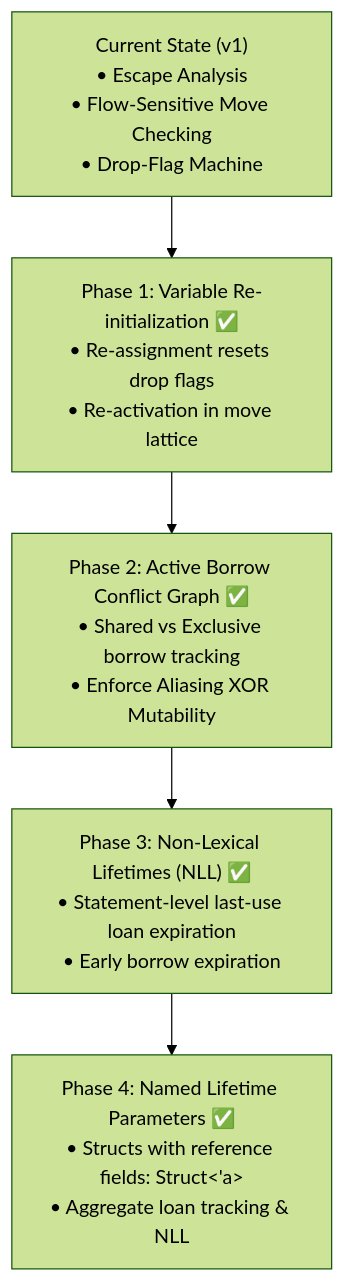
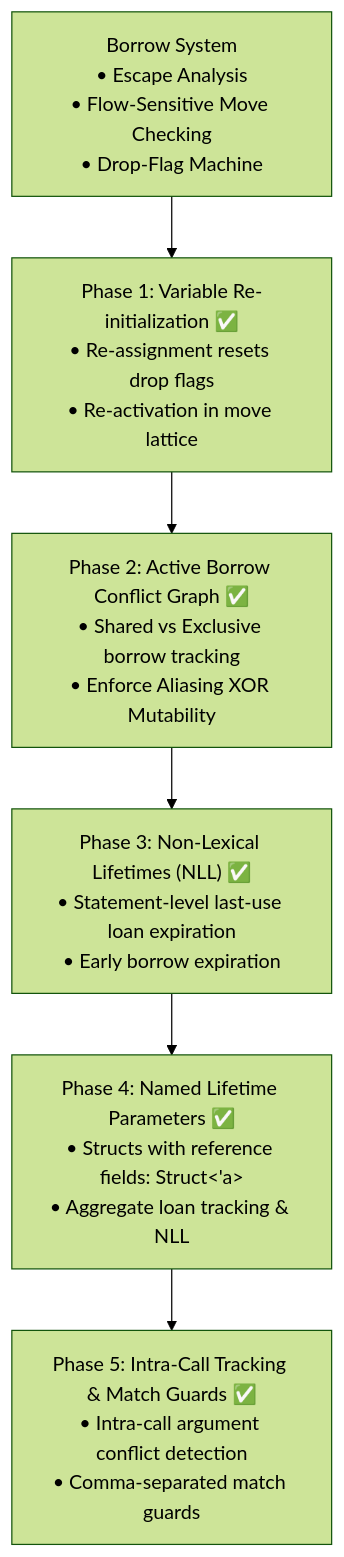
One commit to CierCier/silver changed the diagram in docs/borrow-checker/current-limitations-and-roadmap.md. Above: the diagram before and after it, drawn with Mermaid (forest theme). The commit also changed other lines of this file and 11 other files, not shown here.

Commit message:
feat(parser,typeck,codegen): implement Track B comma-separated pattern match guards

````diff
--- a/docs/borrow-checker/current-limitations-and-roadmap.md
+++ b/docs/borrow-checker/current-limitations-and-roadmap.md
@@ -62,7 +47,8 @@
 ```mermaid
 flowchart TD
-    Current["Current State (v1)\n• Escape Analysis\n• Flow-Sensitive Move Checking\n• Drop-Flag Machine"] --> P1["Phase 1: Variable Re-initialization ✅\n• Re-assignment resets drop flags\n• Re-activation in move lattice"]
+    Current["Borrow System\n• Escape Analysis\n• Flow-Sensitive Move Checking\n• Drop-Flag Machine"] --> P1["Phase 1: Variable Re-initialization ✅\n• Re-assignment resets drop flags\n• Re-activation in move lattice"]
     P1 --> P2["Phase 2: Active Borrow Conflict Graph ✅\n• Shared vs Exclusive borrow tracking\n• Enforce Aliasing XOR Mutability"]
     P2 --> P3["Phase 3: Non-Lexical Lifetimes (NLL) ✅\n• Statement-level last-use loan expiration\n• Early borrow expiration"]
     P3 --> P4["Phase 4: Named Lifetime Parameters ✅\n• Structs with reference fields: Struct<'a>\n• Aggregate loan tracking & NLL"]
+    P4 --> P5["Phase 5: Intra-Call Tracking & Match Guards ✅\n• Intra-call argument conflict detection\n• Comma-separated match guards"]
 ```
````
